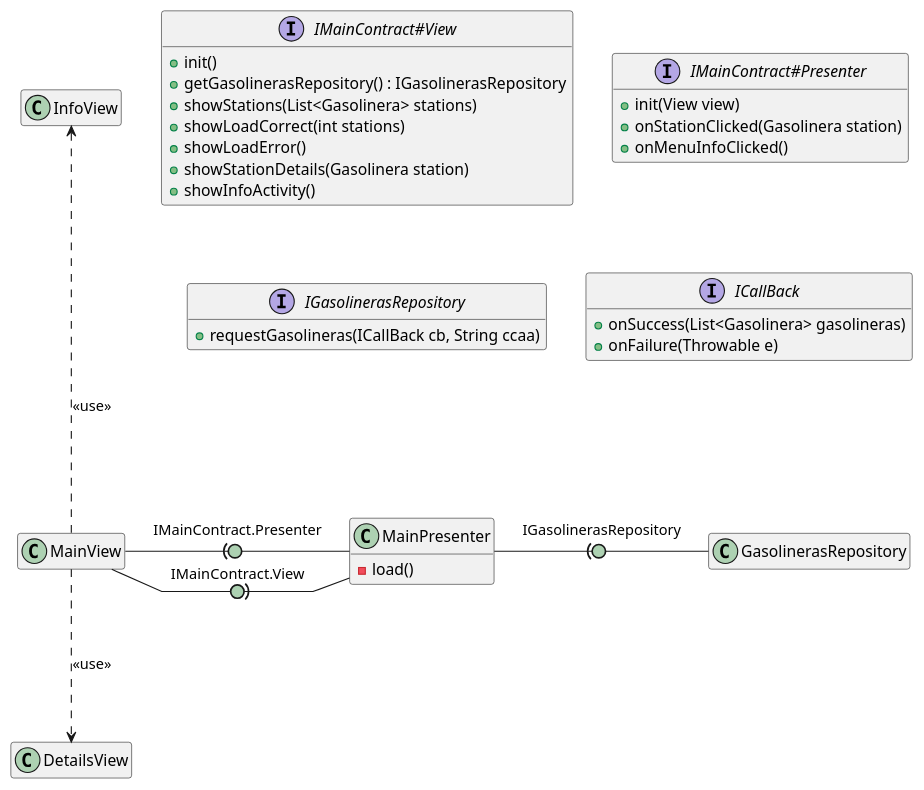
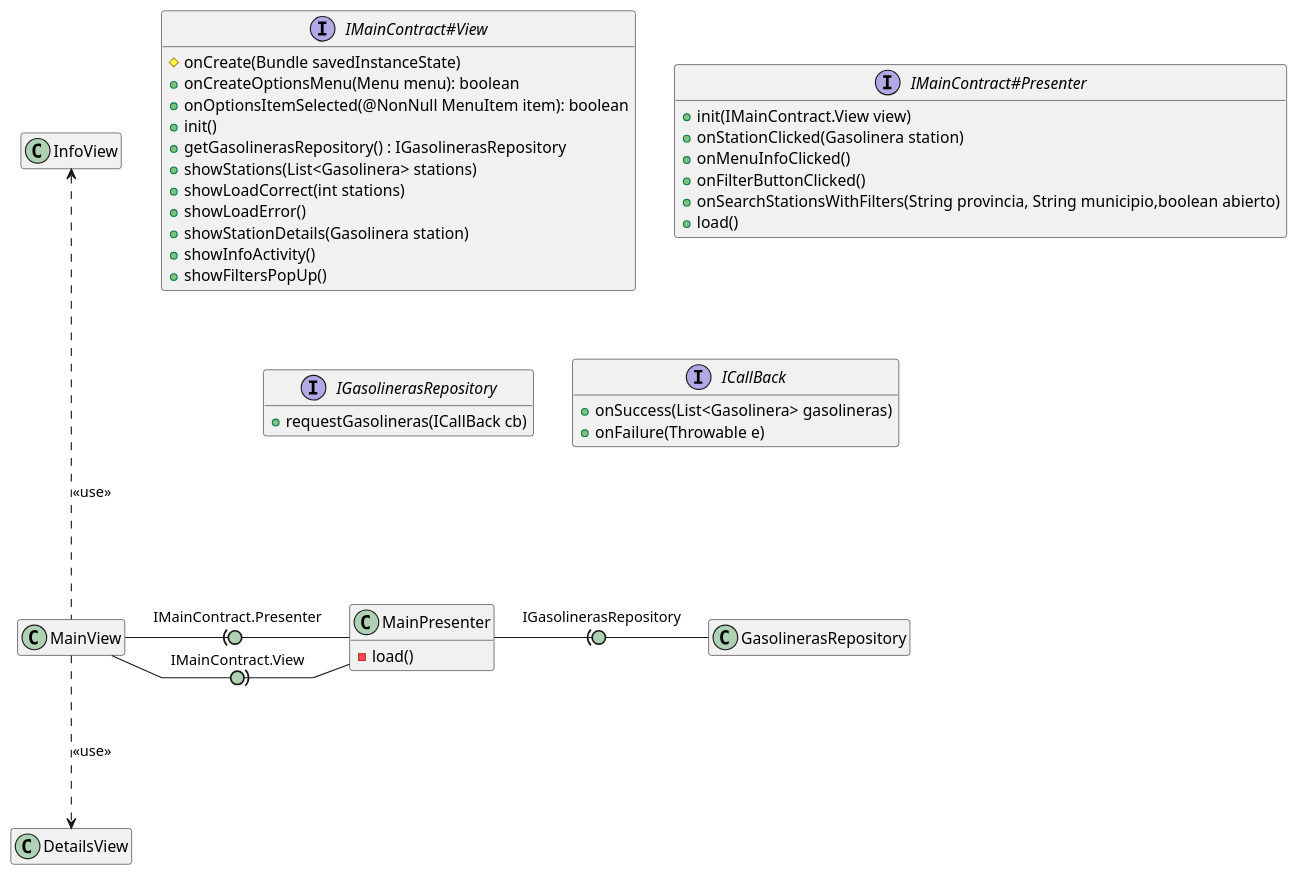
Before and after one commit to isunican/App-Gasolineras-Grupo5: the diagram in Docs/Models/architecture.puml, drawn with PlantUML. The commit also changed 1 other file, not shown here.

```diff
--- a/Docs/Models/architecture.puml
+++ b/Docs/Models/architecture.puml
@@ -1,44 +1,51 @@
 @startuml clases
 
 hide empty members
 skinparam linetype polyline
 skinparam arrowLollipopColor #ADD1B2
 
 MainView -right(0- MainPresenter : IMainContract.Presenter
 MainView -right0)- MainPresenter : IMainContract.View
 MainView -up..-> InfoView : <<use>>
 MainView -down..> DetailsView : <<use>>
 MainPresenter -right(0- GasolinerasRepository : IGasolinerasRepository
 
 
 class MainPresenter {
     -load()
 }
 
 interface IMainContract#View {
+    # onCreate(Bundle savedInstanceState)
+    + onCreateOptionsMenu(Menu menu): boolean
+    + onOptionsItemSelected(@NonNull MenuItem item): boolean
     + init()
     + getGasolinerasRepository() : IGasolinerasRepository
     + showStations(List<Gasolinera> stations)
     + showLoadCorrect(int stations)
     + showLoadError()
     + showStationDetails(Gasolinera station)
     + showInfoActivity()
+    + showFiltersPopUp()
 }
 
 interface IMainContract#Presenter {
-    + init(View view)
+    + init(IMainContract.View view)
     + onStationClicked(Gasolinera station)
     + onMenuInfoClicked()
+    + onFilterButtonClicked()
+    + onSearchStationsWithFilters(String provincia, String municipio,boolean abierto)
+    + load()
 }
 
 interface IGasolinerasRepository {
-    + requestGasolineras(ICallBack cb, String ccaa)
+    + requestGasolineras(ICallBack cb)
 }
 
 interface ICallBack {
     + onSuccess(List<Gasolinera> gasolineras)
     + onFailure(Throwable e)
 }
 
 
 @enduml
```
